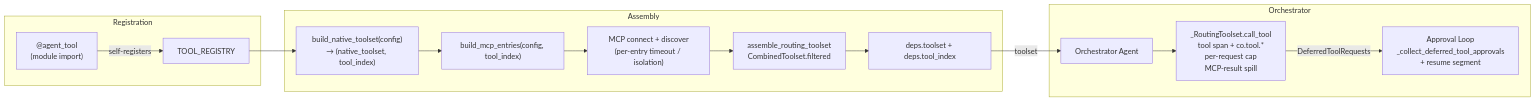
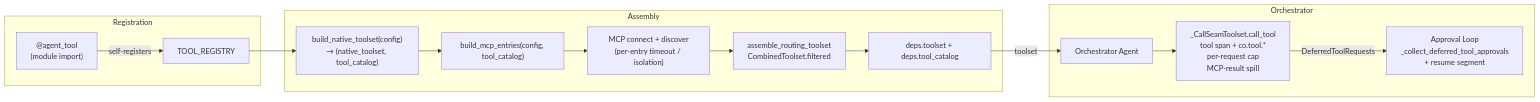
The diagram in docs/specs/tools.md (binlecode/co-cli), drawn with Mermaid before and after one commit. The commit also changed other lines of this file and 80 other files, not shown here.

First line of the commit message:
refactor: v0.8.320 — toolset symbol renames (_CallSeamToolset + tool_index→tool_catalog)

````diff
--- a/docs/specs/tools.md
+++ b/docs/specs/tools.md
@@ -7,18 +7,18 @@
 ```mermaid
 graph LR
     subgraph Registration
         A["@agent_tool\n(module import)"] -->|"self-registers"| B["TOOL_REGISTRY"]
     end
     subgraph Assembly
-        B --> C1["build_native_toolset(config)\n→ (native_toolset, tool_index)"]
-        C1 --> C2["build_mcp_entries(config, tool_index)"]
+        B --> C1["build_native_toolset(config)\n→ (native_toolset, tool_catalog)"]
+        C1 --> C2["build_mcp_entries(config, tool_catalog)"]
         C2 --> C3["MCP connect + discover\n(per-entry timeout / isolation)"]
         C3 --> C4["assemble_routing_toolset\nCombinedToolset.filtered"]
-        C4 --> D["deps.toolset + deps.tool_index"]
+        C4 --> D["deps.toolset + deps.tool_catalog"]
     end
     subgraph Orchestrator
         D -->|"toolset"| E["Orchestrator Agent"]
-        E --> F["_RoutingToolset.call_tool\ntool span + co.tool.*\nper-request cap\nMCP-result spill"]
+        E --> F["_CallSeamToolset.call_tool\ntool span + co.tool.*\nper-request cap\nMCP-result spill"]
         F -->|"DeferredToolRequests"| G["Approval Loop\n_collect_deferred_tool_approvals\n+ resume segment"]
     end
 ```
````
